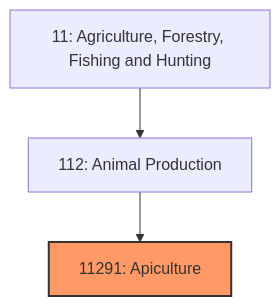
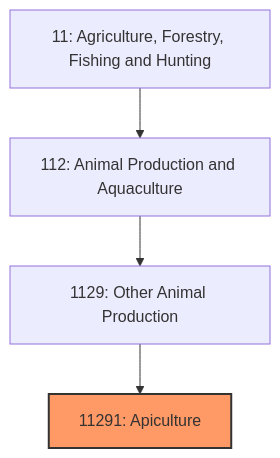
Before and after one commit to kziemski/business.org.ai: the first of 3 diagrams in industries/Agriculture/AnimalProduction/Apiculture.mdx, drawn with Mermaid. The commit also changed other lines of this file and 67 other files, not shown here.

````diff
--- a/industries/Agriculture/AnimalProduction/Apiculture.mdx
+++ b/industries/Agriculture/AnimalProduction/Apiculture.mdx
@@ -20,7 +34,8 @@
 ```mermaid
 graph TD
     S11["11: Agriculture, Forestry, Fishing and Hunting"]
-    S11 --> N112["112: Animal Production"]
-    N112 --> N11291["11291: Apiculture"]
+    S11 --> N112["112: Animal Production and Aquaculture"]
+    N112 --> N1129["1129: Other Animal Production"]
+    N1129 --> N11291["11291: Apiculture"]
     style N11291 fill:#f96,stroke:#333,stroke-width:2px
 ```
````
